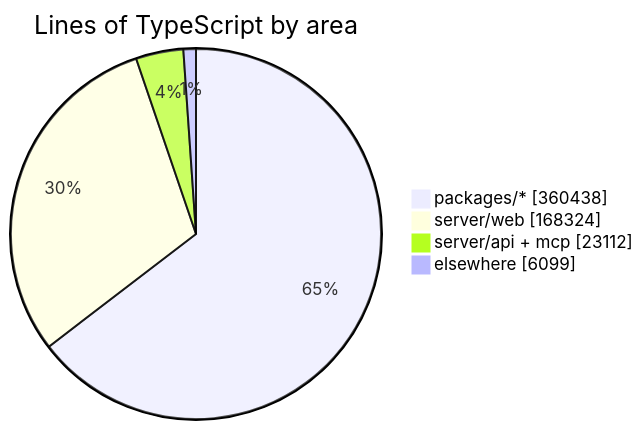
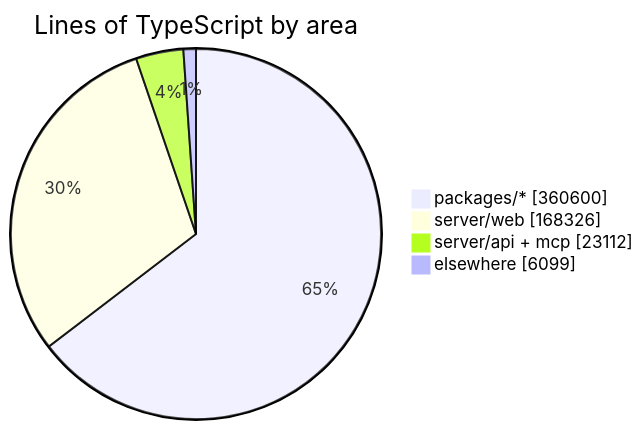
Before and after one commit to crossworks-engineering/mantle: the diagram in README.md, drawn with Mermaid. The commit also changed other lines of this file and 2 other files, not shown here.

````diff
--- a/README.md
+++ b/README.md
@@ -294,7 +294,7 @@
 ```mermaid
 pie showData title Lines of TypeScript by area
-    "packages/*" : 360438
-    "server/web" : 168324
+    "packages/*" : 360600
+    "server/web" : 168326
     "server/api + mcp" : 23112
     "elsewhere" : 6099
 ```
````
